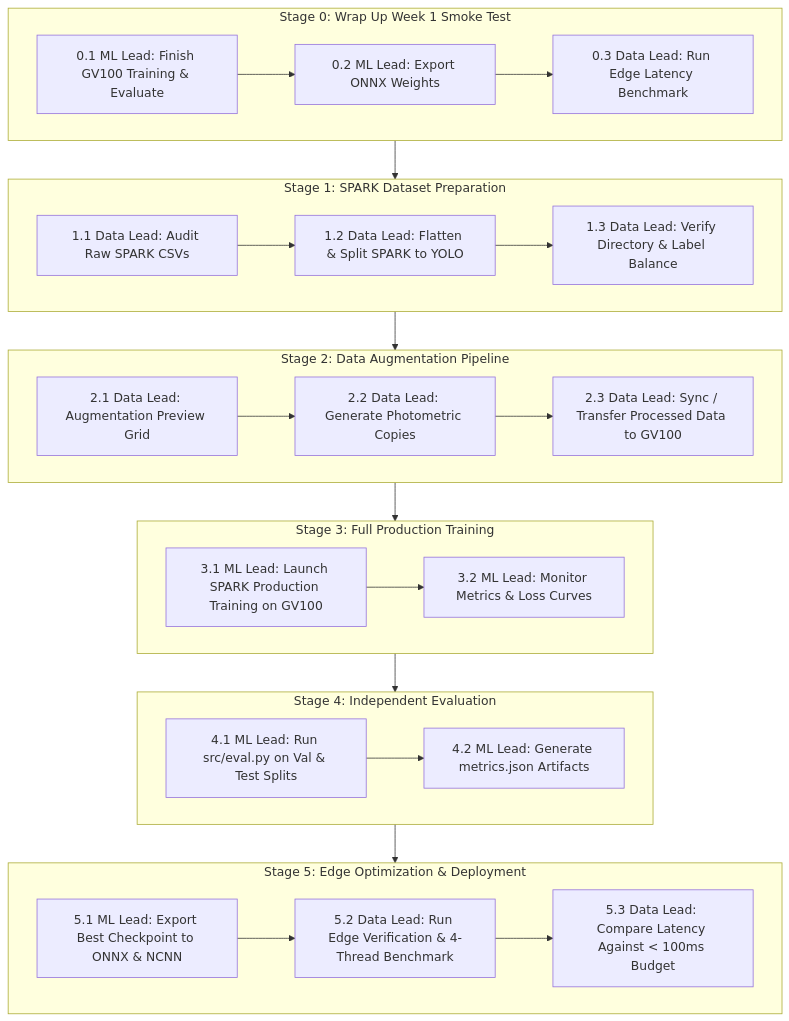
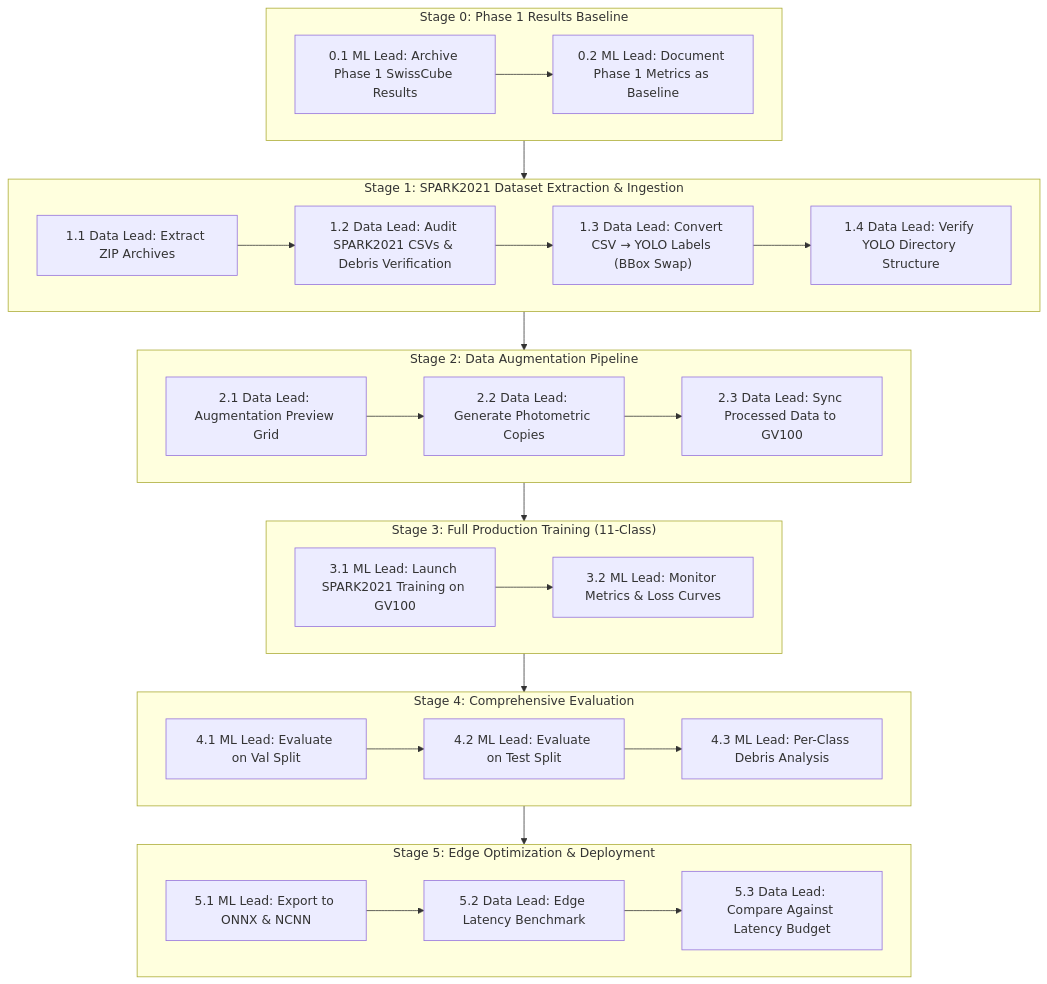
The diagram in docs/WORKFLOW_PLAYBOOK.md (Wall-E-30/space-debris-detection-system), drawn with Mermaid before and after one commit. The commit also changed other lines of this file and 7 other files, not shown here.

Commit message:
Add SPARK2021 workflow scripts, configs, and audit reports

````diff
--- a/docs/WORKFLOW_PLAYBOOK.md
+++ b/docs/WORKFLOW_PLAYBOOK.md
@@ -18,36 +37,38 @@
 ```mermaid
 flowchart TD
-    subgraph STAGE_0["Stage 0: Wrap Up Week 1 Smoke Test"]
-        S0_1["0.1 ML Lead: Finish GV100 Training & Evaluate"] --> S0_2["0.2 ML Lead: Export ONNX Weights"]
-        S0_2 --> S0_3["0.3 Data Lead: Run Edge Latency Benchmark"]
+    subgraph STAGE_0["Stage 0: Phase 1 Results Baseline"]
+        S0_1["0.1 ML Lead: Archive Phase 1 SwissCube Results"]
+        S0_1 --> S0_2["0.2 ML Lead: Document Phase 1 Metrics as Baseline"]
     end
 
-    subgraph STAGE_1["Stage 1: SPARK Dataset Preparation"]
-        S1_1["1.1 Data Lead: Audit Raw SPARK CSVs"] --> S1_2["1.2 Data Lead: Flatten & Split SPARK to YOLO"]
-        S1_2 --> S1_3["1.3 Data Lead: Verify Directory & Label Balance"]
+    subgraph STAGE_1["Stage 1: SPARK2021 Dataset Extraction & Ingestion"]
+        S1_1["1.1 Data Lead: Extract ZIP Archives"] --> S1_2["1.2 Data Lead: Audit SPARK2021 CSVs & Debris Verification"]
+        S1_2 --> S1_3["1.3 Data Lead: Convert CSV → YOLO Labels (BBox Swap)"]
+        S1_3 --> S1_4["1.4 Data Lead: Verify YOLO Directory Structure"]
     end
 
     subgraph STAGE_2["Stage 2: Data Augmentation Pipeline"]
         S2_1["2.1 Data Lead: Augmentation Preview Grid"] --> S2_2["2.2 Data Lead: Generate Photometric Copies"]
-        S2_2 --> S2_3["2.3 Data Lead: Sync / Transfer Processed Data to GV100"]
+        S2_2 --> S2_3["2.3 Data Lead: Sync Processed Data to GV100"]
     end
 
-    subgraph STAGE_3["Stage 3: Full Production Training"]
-        S3_1["3.1 ML Lead: Launch SPARK Production Training on GV100"] --> S3_2["3.2 ML Lead: Monitor Metrics & Loss Curves"]
+    subgraph STAGE_3["Stage 3: Full Production Training (11-Class)"]
+        S3_1["3.1 ML Lead: Launch SPARK2021 Training on GV100"] --> S3_2["3.2 ML Lead: Monitor Metrics & Loss Curves"]
     end
 
-    subgraph STAGE_4["Stage 4: Independent Evaluation"]
-        S4_1["4.1 ML Lead: Run src/eval.py on Val & Test Splits"] --> S4_2["4.2 ML Lead: Generate metrics.json Artifacts"]
+    subgraph STAGE_4["Stage 4: Comprehensive Evaluation"]
+        S4_1["4.1 ML Lead: Evaluate on Val Split"] --> S4_2["4.2 ML Lead: Evaluate on Test Split"]
+        S4_2 --> S4_3["4.3 ML Lead: Per-Class Debris Analysis"]
     end
 
     subgraph STAGE_5["Stage 5: Edge Optimization & Deployment"]
-        S5_1["5.1 ML Lead: Export Best Checkpoint to ONNX & NCNN"] --> S5_2["5.2 Data Lead: Run Edge Verification & 4-Thread Benchmark"]
-        S5_2 --> S5_3["5.3 Data Lead: Compare Latency Against < 100ms Budget"]
+        S5_1["5.1 ML Lead: Export to ONNX & NCNN"] --> S5_2["5.2 Data Lead: Edge Latency Benchmark"]
+        S5_2 --> S5_3["5.3 Data Lead: Compare Against Latency Budget"]
     end
 
     STAGE_0 --> STAGE_1
     STAGE_1 --> STAGE_2
     STAGE_2 --> STAGE_3
     STAGE_3 --> STAGE_4
     STAGE_4 --> STAGE_5
 ```
````
